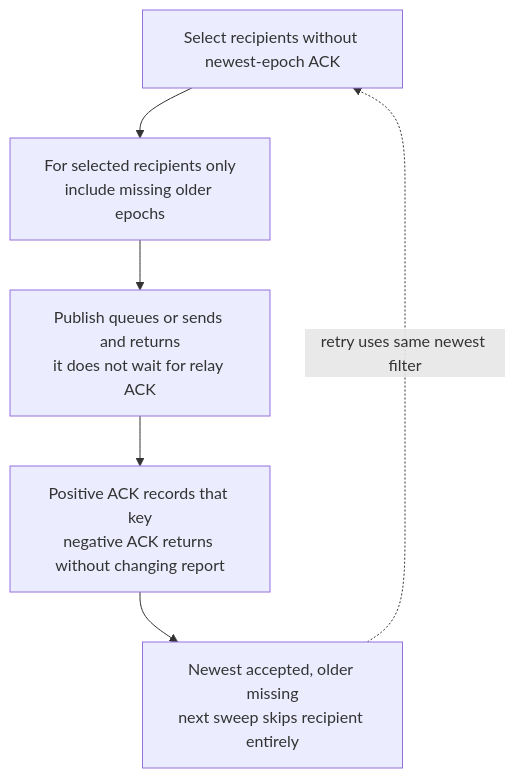
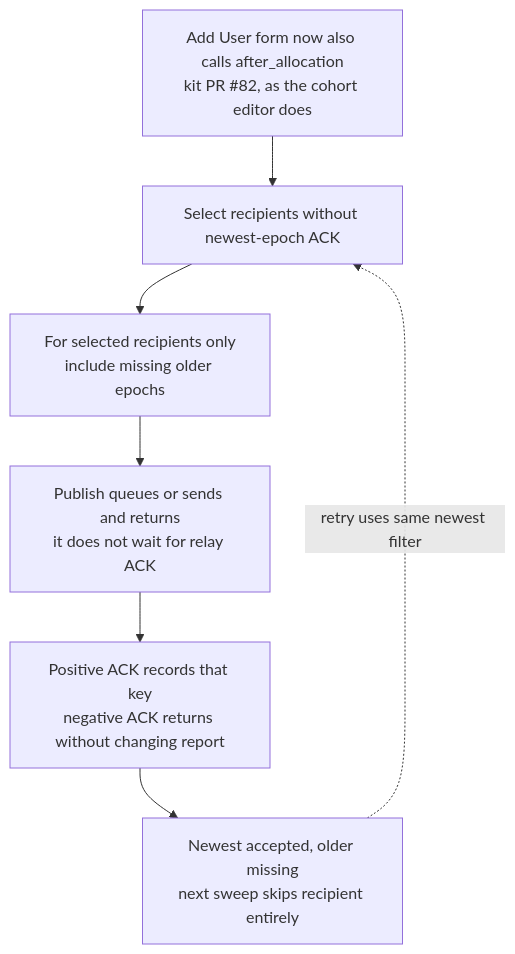
One commit to DreamLab-AI/VisionFlow changed the second of 6 diagrams in docs/diagrams/nostr-rust-forum/27-zone-key-distribution-and-recovery.md. Above: the diagram before and after it, drawn with Mermaid. The commit also changed other lines of this file, not shown here.

First line of the commit message:
docs(diagrams): re-verify NF-27 at nostr-rust-forum af4f0d5

````diff
--- a/docs/diagrams/nostr-rust-forum/27-zone-key-distribution-and-recovery.md
+++ b/docs/diagrams/nostr-rust-forum/27-zone-key-distribution-and-recovery.md
@@ -56,15 +63,18 @@
 ```mermaid
 flowchart TB
-    %% Source: ../nostr-rust-forum/crates/nostr-bbs-forum-client/src/zone_crypto/auto_grant.rs:145
+    %% Source: ../nostr-rust-forum/crates/nostr-bbs-forum-client/src/zone_crypto/auto_grant.rs:146
     P["Select recipients without newest-epoch ACK"]
-    %% Source: ../nostr-rust-forum/crates/nostr-bbs-forum-client/src/zone_crypto/auto_grant.rs:163
+    %% Source: ../nostr-rust-forum/crates/nostr-bbs-forum-client/src/zone_crypto/auto_grant.rs:164
     H["For selected recipients only<br/>include missing older epochs"]
-    %% Source: ../nostr-rust-forum/crates/nostr-bbs-forum-client/src/relay.rs:640
+    %% Source: ../nostr-rust-forum/crates/nostr-bbs-forum-client/src/relay.rs:795
     Q["Publish queues or sends and returns<br/>it does not wait for relay ACK"]
-    %% Source: ../nostr-rust-forum/crates/nostr-bbs-forum-client/src/zone_crypto/auto_grant.rs:214
+    %% Source: ../nostr-rust-forum/crates/nostr-bbs-forum-client/src/zone_crypto/auto_grant.rs:285
     N["Positive ACK records that key<br/>negative ACK returns without changing report"]
-    %% Source: ../nostr-rust-forum/crates/nostr-bbs-forum-client/src/zone_crypto/auto_grant.rs:148
+    %% Source: ../nostr-rust-forum/crates/nostr-bbs-forum-client/src/zone_crypto/auto_grant.rs:149
     X["Newest accepted, older missing<br/>next sweep skips recipient entirely"]
     P --> H --> Q --> N --> X
     X -. retry uses same newest filter .-> P
+    %% Source: ../nostr-rust-forum/crates/nostr-bbs-forum-client/src/pages/admin.rs:613
+    ADD["Add User form now also calls after_allocation<br/>kit PR #82, as the cohort editor does"]
+    ADD --> P
 ```
````
